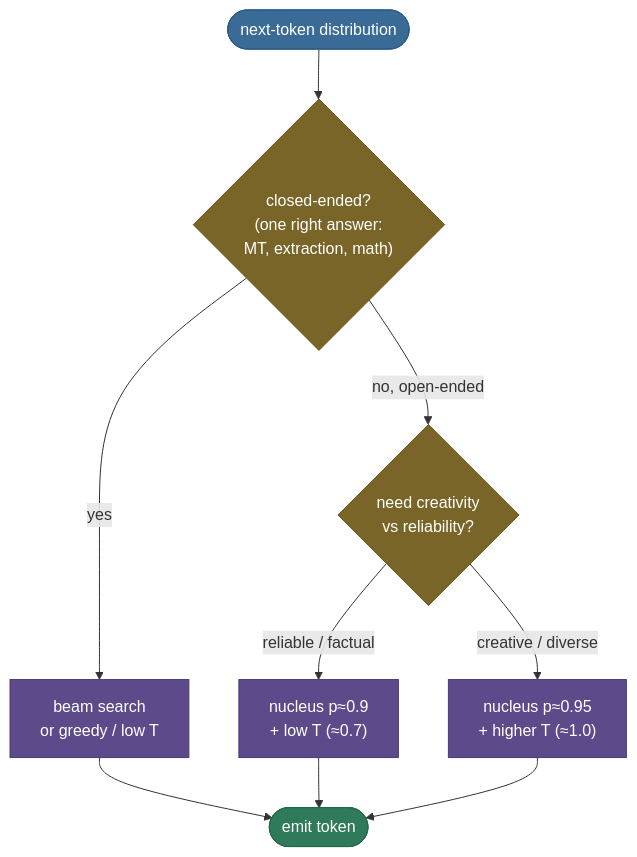
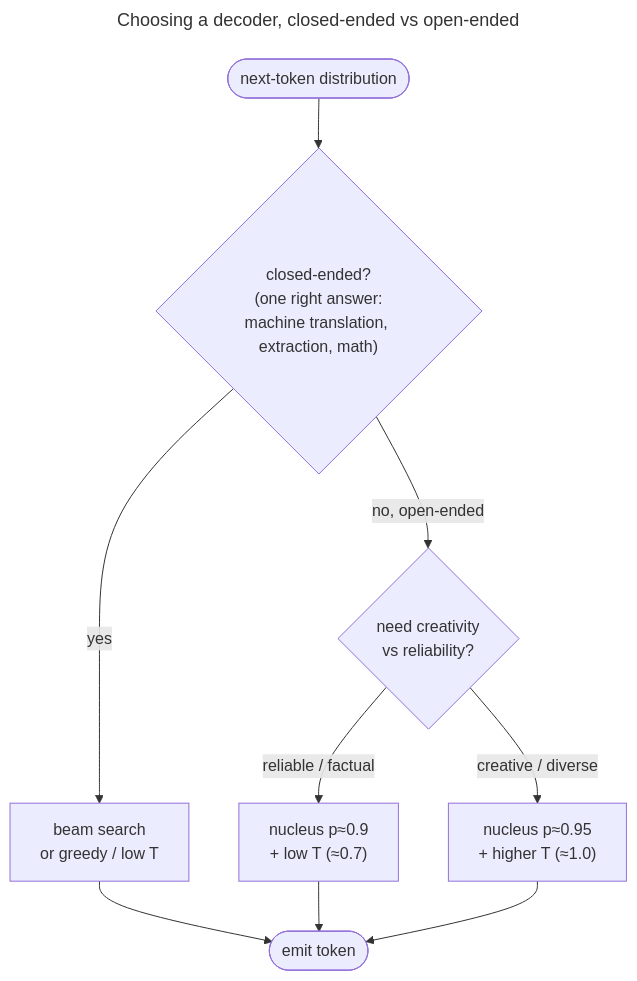
One commit to sudhir13s/ai-ml-learning-resources changed the fourth of 4 diagrams in inference-and-serving/decoding-and-sampling/decoding-and-sampling.md. Above: the diagram before and after it, drawn with Mermaid. The commit also changed other lines of this file, not shown here.

````diff
--- a/inference-and-serving/decoding-and-sampling/decoding-and-sampling.md
+++ b/inference-and-serving/decoding-and-sampling/decoding-and-sampling.md
@@ -297,17 +405,17 @@
 ```mermaid
+---
+title: Choosing a decoder, closed-ended vs open-ended
+---
 graph TD
-    START(["next-token distribution"]):::data
-    START --> Q1{"closed-ended?<br/>(one right answer:<br/>MT, extraction, math)"}:::amber
-    Q1 -->|yes| BEAM["beam search<br/>or greedy / low T"]:::keep
-    Q1 -->|no, open-ended| Q2{"need creativity<br/>vs reliability?"}:::amber
-    Q2 -->|reliable / factual| LOWP["nucleus p≈0.9<br/>+ low T (≈0.7)"]:::keep
-    Q2 -->|creative / diverse| HIGHP["nucleus p≈0.95<br/>+ higher T (≈1.0)"]:::keep
-    BEAM --> OUT(["emit token"]):::out
+    START(["next-token distribution"])
+    START --> Q1{"closed-ended?<br/>(one right answer:<br/>machine translation, extraction, math)"}
+    Q1 -->|yes| BEAM["beam search<br/>or greedy / low T"]
+    Q1 -->|no, open-ended| Q2{"need creativity<br/>vs reliability?"}
+    Q2 -->|reliable / factual| LOWP["nucleus p≈0.9<br/>+ low T (≈0.7)"]
+    Q2 -->|creative / diverse| HIGHP["nucleus p≈0.95<br/>+ higher T (≈1.0)"]
+    BEAM --> OUT(["emit token"])
     LOWP --> OUT
     HIGHP --> OUT
 
-    classDef data fill:#3A6B96,stroke:#2A5B86,color:#fff
-    classDef amber fill:#7A6528,stroke:#6A5518,color:#fff
-    classDef keep fill:#5D4A8A,stroke:#4D3A7A,color:#fff
-    classDef out fill:#2E7A5A,stroke:#1E6A4A,color:#fff
+    class Q1,Q2 focus
 ```
````
